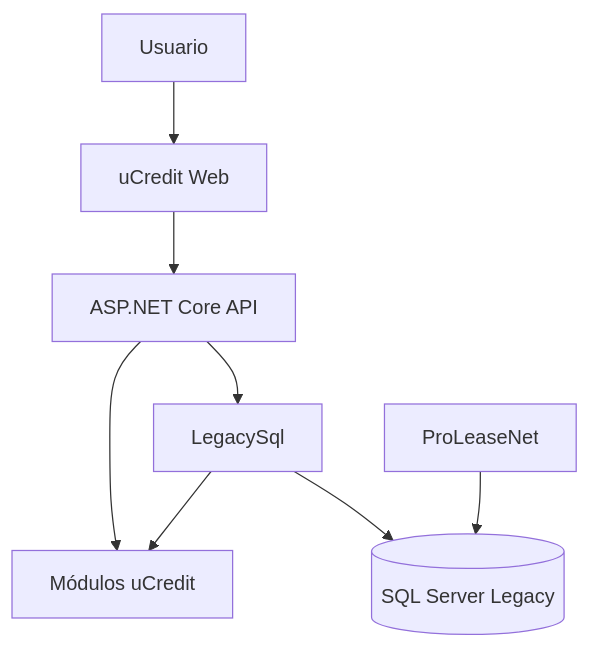
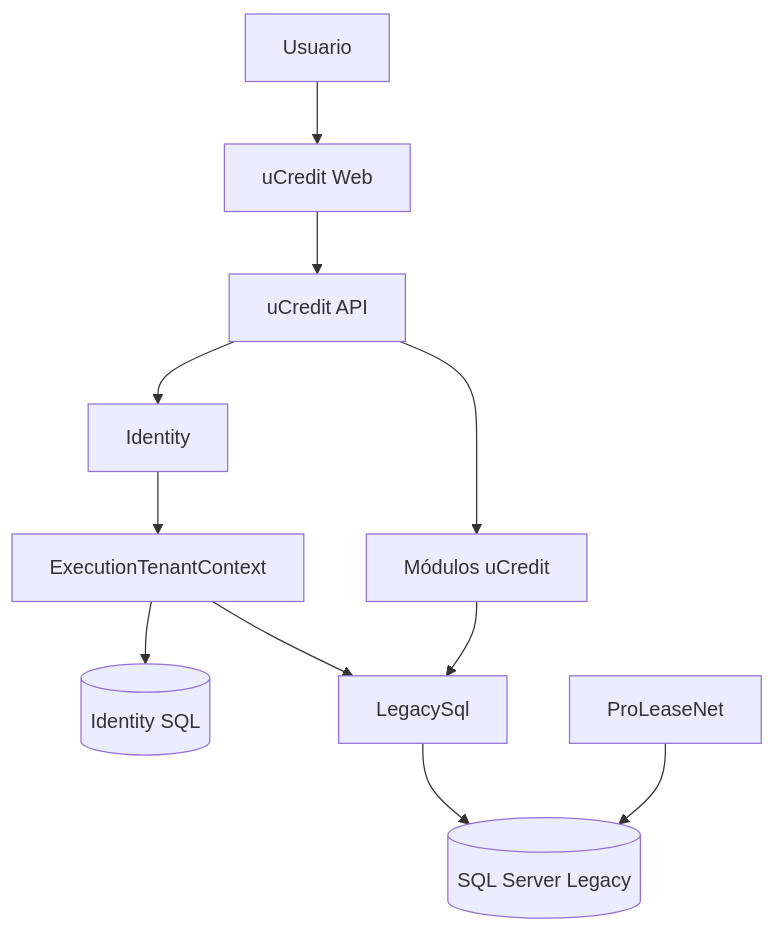
The diagram in docs/ARCHITECTURE.md (mjoel18-arch/uCredit-Toyota), drawn with Mermaid before and after one commit. The commit also changed other lines of this file and 37 other files, not shown here.

Commit message:
feat(tenancy): enforce legacy company scope

````diff
--- a/docs/ARCHITECTURE.md
+++ b/docs/ARCHITECTURE.md
@@ -7,10 +7,13 @@
 ```mermaid
 flowchart TB
     User["Usuario"] --> Web["uCredit Web"]
-    Web --> Api["ASP.NET Core API"]
+    Web --> Api["uCredit API"]
+    Api --> Identity["Identity"]
     Api --> Modules["Módulos uCredit"]
-    Adapter["LegacySql"] --> Modules
-    Api --> Adapter
-    Adapter --> Db[("SQL Server Legacy")]
-    Legacy["ProLeaseNet"] --> Db
+    Identity --> Scope["ExecutionTenantContext"]
+    Scope --> IdentityDb[("Identity SQL")]
+    Modules --> Adapter["LegacySql"]
+    Adapter --> LegacyDb[("SQL Server Legacy")]
+    Scope --> Adapter
+    Legacy["ProLeaseNet"] --> LegacyDb
 ```
````
